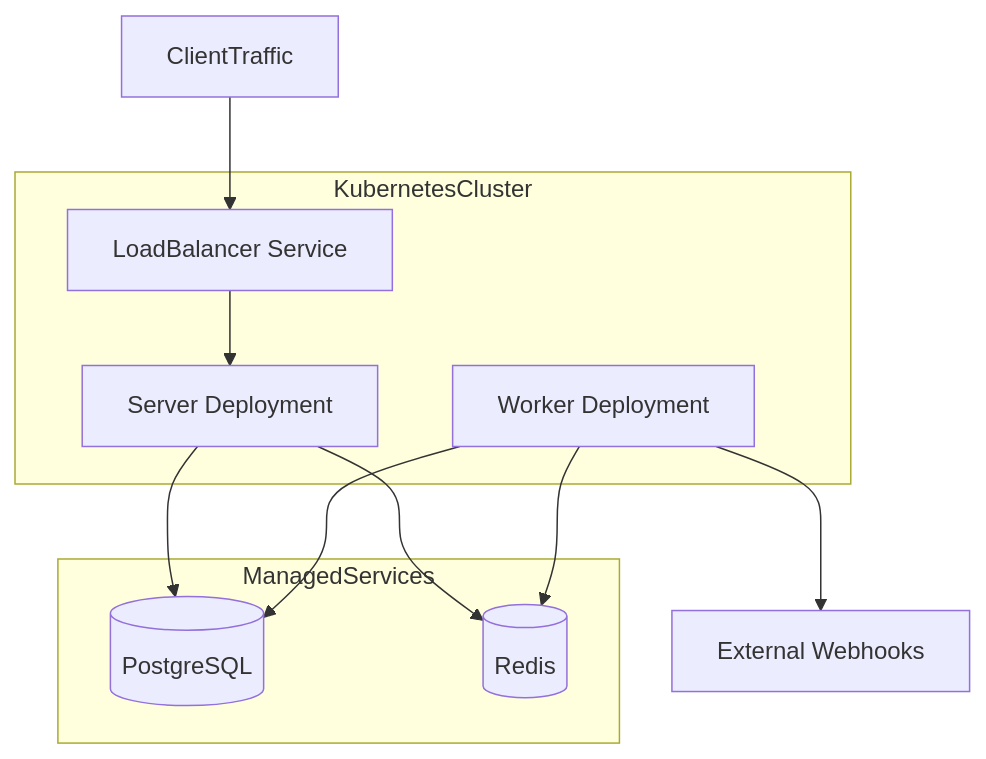
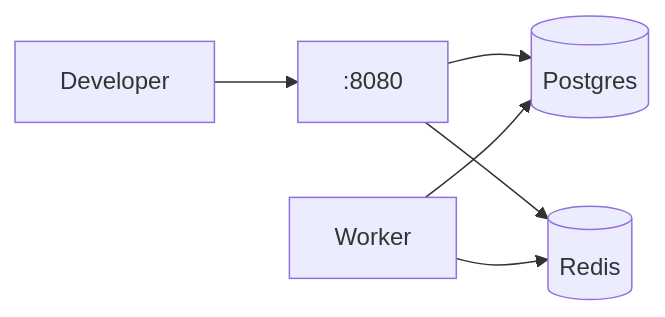
Before and after one commit to shwetaudacious/event-fanout: the fifth of 5 diagrams in docs/architecture.md, drawn with Mermaid. The commit also changed other lines of this file and 29 other files, not shown here.

````diff
--- a/docs/architecture.md
+++ b/docs/architecture.md
@@ -240,21 +121,8 @@
 ```mermaid
-flowchart TB
-    subgraph k8s [KubernetesCluster]
-        LB[LoadBalancer Service]
-        ServerDep[Server Deployment]
-        WorkerDep[Worker Deployment]
-    end
-
-    subgraph managed [ManagedServices]
-        PG[(PostgreSQL)]
-        Redis[(Redis)]
-    end
-
-    Internet[ClientTraffic] --> LB
-    LB --> ServerDep
-    ServerDep --> PG
-    ServerDep --> Redis
-    WorkerDep --> PG
-    WorkerDep --> Redis
-    WorkerDep --> ExtWebhooks[External Webhooks]
+flowchart LR
+    Dev[Developer] --> Server[:8080]
+    Server --> PG[(Postgres)]
+    Server --> Redis[(Redis)]
+    Worker --> PG
+    Worker --> Redis
 ```
````
